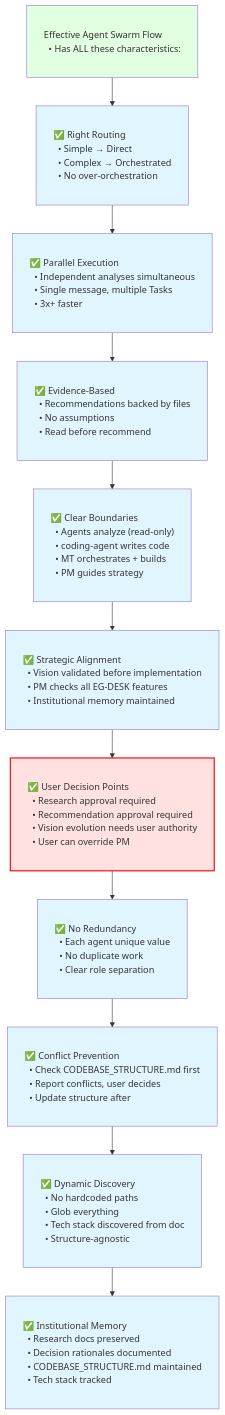
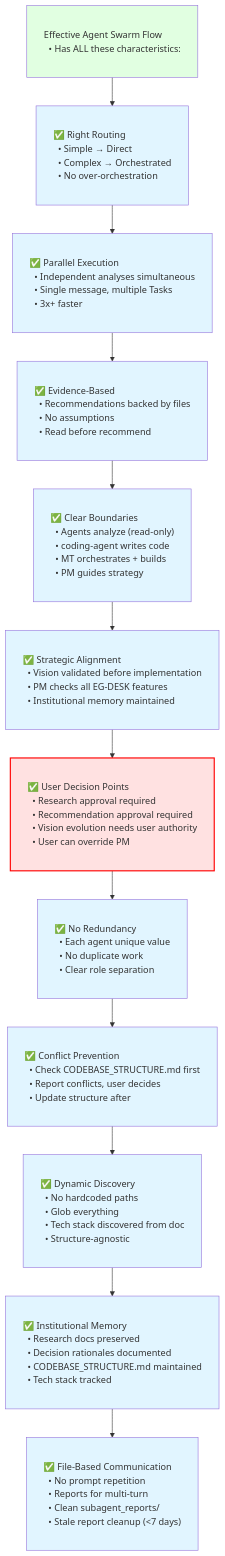
Before and after one commit to QUUS-TheSmallCodeTeam/theia-fork: diagram 15 of 33 in AGENT_SWARM_FLOW_VISUAL.md, drawn with Mermaid. The commit also changed other lines of this file and 11 other files, not shown here.

First line of the commit message:
refactor: convert mermaid/tables to compact horizontal ASCII flows

````diff
--- a/AGENT_SWARM_FLOW_VISUAL.md
+++ b/AGENT_SWARM_FLOW_VISUAL.md
@@ -1342,74 +1342,81 @@
 ```mermaid
 flowchart TD
     classDef wideBox padding:12px 20px,text-align:left,white-space:pre;
     classDef wideDecision padding:12px 20px,text-align:left,white-space:pre;
 
     Success["Effective Agent Swarm Flow
   • Has ALL these characteristics:"]:::wideBox
 
     --> M1["✅ Right Routing
   • Simple → Direct
   • Complex → Orchestrated
   • No over-orchestration"]:::wideBox
 
     --> M2["✅ Parallel Execution
   • Independent analyses simultaneous
   • Single message, multiple Tasks
   • 3x+ faster"]:::wideBox
 
     --> M3["✅ Evidence-Based
   • Recommendations backed by files
   • No assumptions
   • Read before recommend"]:::wideBox
 
     --> M4["✅ Clear Boundaries
   • Agents analyze (read-only)
   • coding-agent writes code
   • MT orchestrates + builds
   • PM guides strategy"]:::wideBox
 
     --> M5["✅ Strategic Alignment
   • Vision validated before implementation
   • PM checks all EG-DESK features
   • Institutional memory maintained"]:::wideBox
 
     --> M6["✅ User Decision Points
   • Research approval required
   • Recommendation approval required
   • Vision evolution needs user authority
   • User can override PM"]:::wideBox
 
     --> M7["✅ No Redundancy
   • Each agent unique value
   • No duplicate work
   • Clear role separation"]:::wideBox
 
     --> M8["✅ Conflict Prevention
   • Check CODEBASE_STRUCTURE.md first
   • Report conflicts, user decides
   • Update structure after"]:::wideBox
 
     --> M9["✅ Dynamic Discovery
   • No hardcoded paths
   • Glob everything
   • Tech stack discovered from doc
   • Structure-agnostic"]:::wideBox
 
     --> M10["✅ Institutional Memory
   • Research docs preserved
   • Decision rationales documented
   • CODEBASE_STRUCTURE.md maintained
   • Tech stack tracked"]:::wideBox
 
+    --> M11["✅ File-Based Communication
+  • No prompt repetition
+  • Reports for multi-turn
+  • Clean subagent_reports/
+  • Stale report cleanup (<7 days)"]:::wideBox
+
     style Success fill:#e1ffe1
     style M1 fill:#e1f5ff
     style M2 fill:#e1f5ff
     style M3 fill:#e1f5ff
     style M4 fill:#e1f5ff
     style M5 fill:#e1f5ff
     style M6 fill:#ffe1e1,stroke:#ff0000,stroke-width:2px
     style M7 fill:#e1f5ff
     style M8 fill:#e1f5ff
     style M9 fill:#e1f5ff
     style M10 fill:#e1f5ff
+    style M11 fill:#e1f5ff
 ```
````
